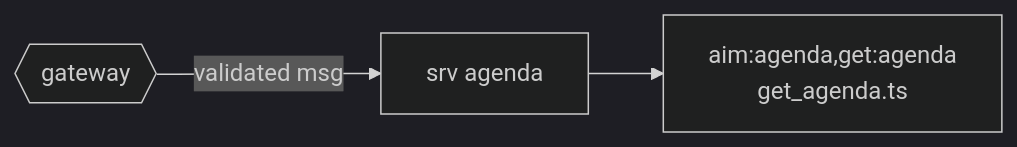
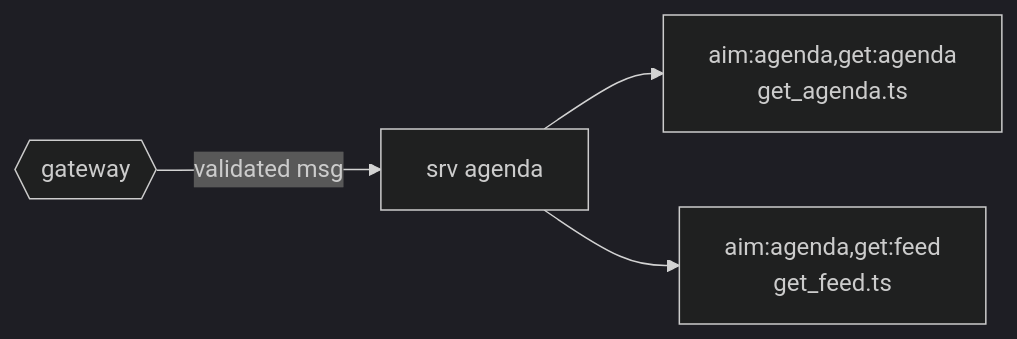
One commit to voxgig/conf-agenda changed the diagram in backend/src/srv/agenda/README.md. Above: the diagram before and after it, drawn with Mermaid (dark theme). The commit also changed other lines of this file and 7 other files, not shown here.

````diff
--- a/backend/src/srv/agenda/README.md
+++ b/backend/src/srv/agenda/README.md
@@ -16,5 +17,6 @@
 ```mermaid
 flowchart LR
   gateway{{gateway}} -->|validated msg| srv[srv agenda]
   srv --> get_agenda["aim:agenda,get:agenda<br>get_agenda.ts"]
+  srv --> get_feed["aim:agenda,get:feed<br>get_feed.ts"]
 ```
````
